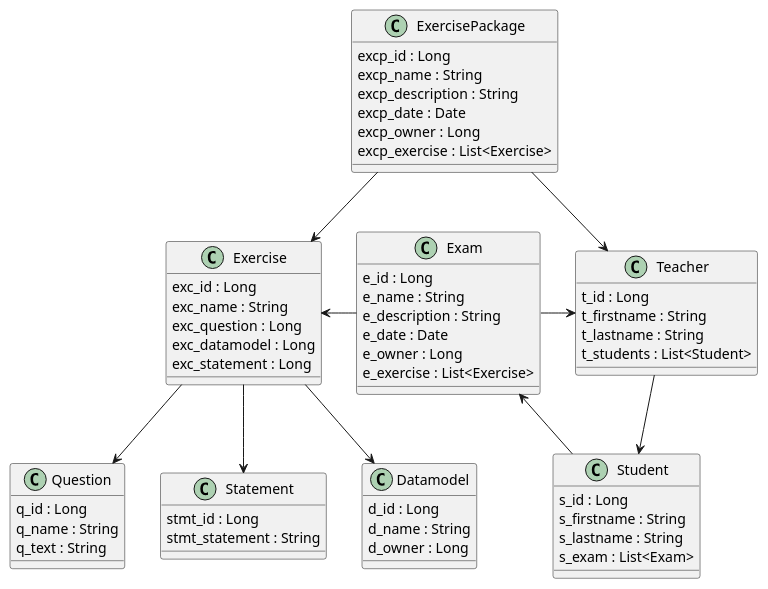
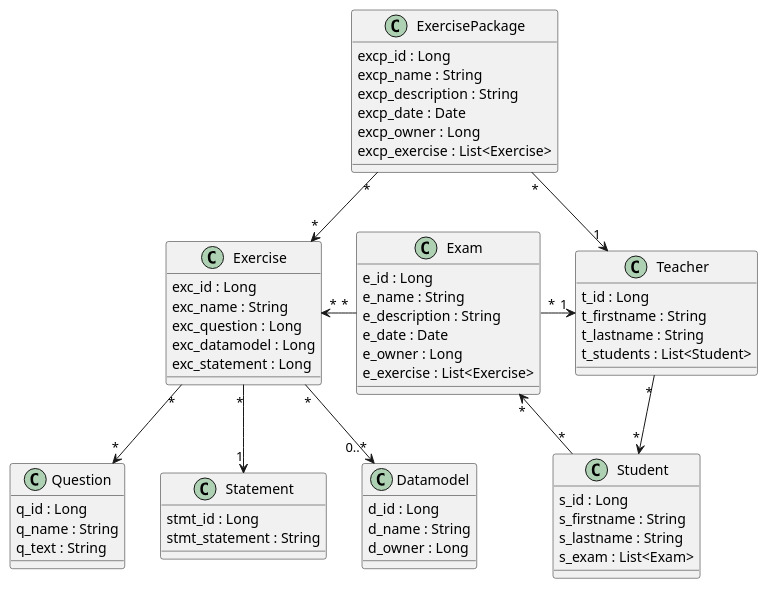
One commit to htl-leonding-project/leo-database-learner changed the diagram in asciidocs/plantuml/datamodel.puml. Above: the diagram before and after it, drawn with PlantUML.

Commit message:
updated datamodel.puml #3

```diff
--- a/asciidocs/plantuml/datamodel.puml
+++ b/asciidocs/plantuml/datamodel.puml
@@ -1,64 +1,64 @@
 @startuml
     class Teacher {
       t_id : Long
       t_firstname : String
       t_lastname : String
       t_students : List<Student>
     }
     class Student {
       s_id : Long
       s_firstname : String
       s_lastname : String
       s_exam : List<Exam>
       's_knowledge:
     }
     class Exercise {
       exc_id : Long
       exc_name : String
       exc_question : Long
       exc_datamodel : Long
       exc_statement : Long
     }
     class Question {
       q_id : Long
       q_name : String
       q_text : String
     }
     class Statement {
       stmt_id : Long
       stmt_statement : String
     }
     class Exam {
       e_id : Long
       e_name : String
       e_description : String
       e_date : Date
       e_owner : Long
       e_exercise : List<Exercise>
     }
     class ExercisePackage{
       excp_id : Long
       excp_name : String
       excp_description : String
       excp_date : Date
       excp_owner : Long
       excp_exercise : List<Exercise>
     }
     class Datamodel {
       d_id : Long
       d_name : String
       d_owner : Long
     }
 
-Exam -right-> Teacher
-Exam -left-> Exercise
-ExercisePackage --> Teacher
-ExercisePackage --> Exercise
-Exercise --> Datamodel
-Exercise --> Question
-Exercise --> Statement
-Teacher --> Student
-Student --> Exam
+Exam "*" -right-> "1" Teacher
+Exam "*" -left-> "*" Exercise
+ExercisePackage "*" --> "1" Teacher
+ExercisePackage "*" --> "*" Exercise
+Exercise "*" --> "0..*" Datamodel
+Exercise "*" --> "*" Question
+Exercise "*" --> "1" Statement
+Teacher "*" --> "*" Student
+Student "*" --> "*" Exam
 
 
 @enduml
```
